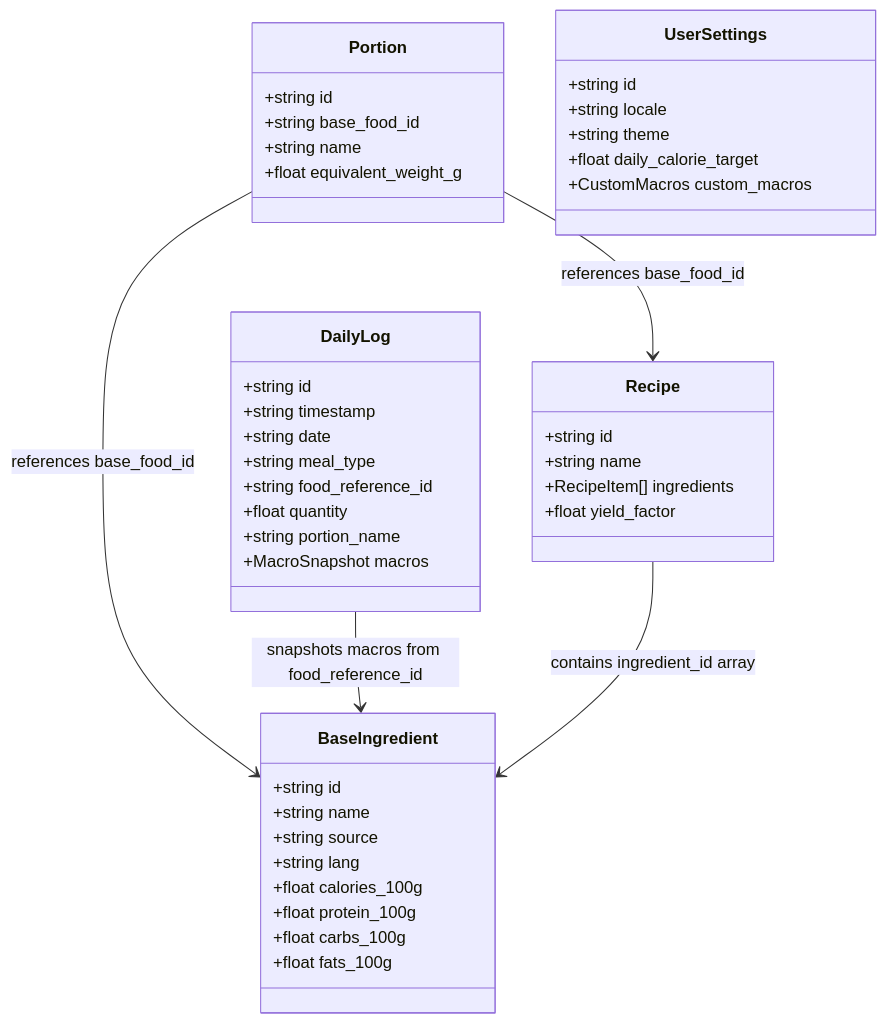
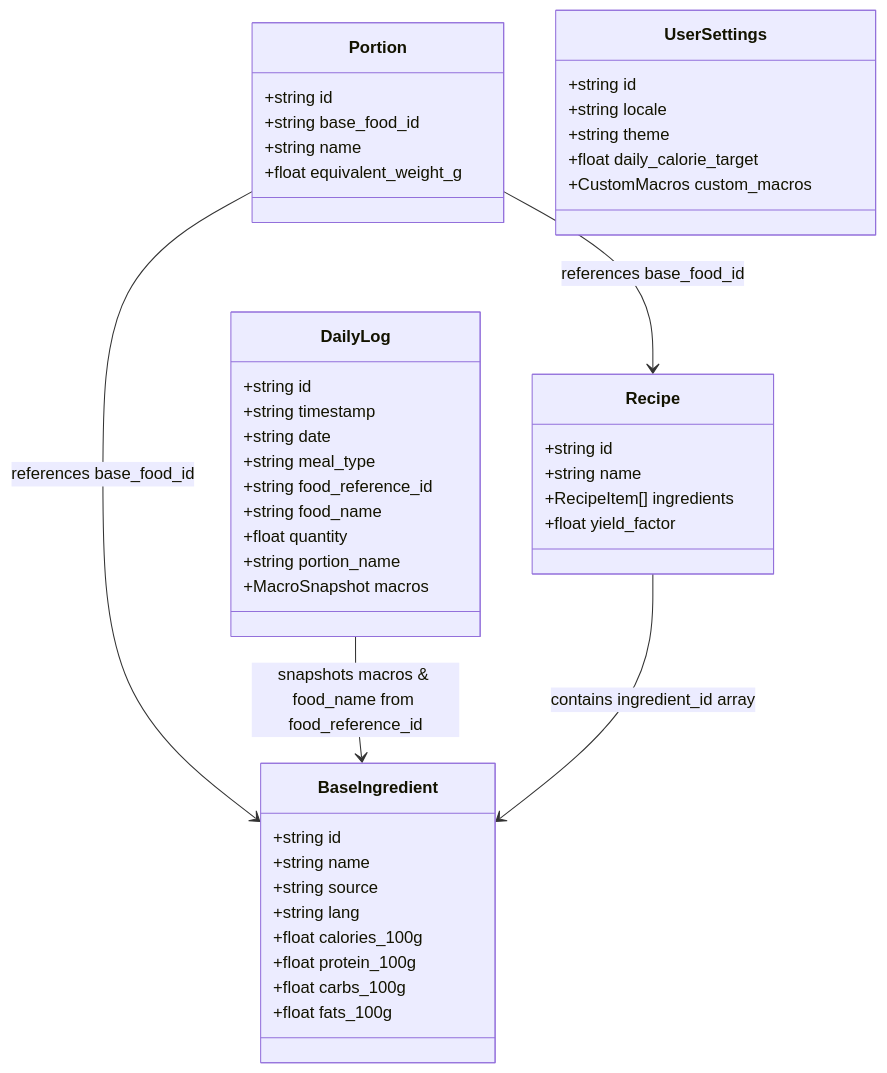
One commit to qozara/quomida changed the second of 3 diagrams in docs/ARCHITECTURE.md. Above: the diagram before and after it, drawn with Mermaid. The commit also changed other lines of this file and 96 other files, not shown here.

````diff
--- a/docs/ARCHITECTURE.md
+++ b/docs/ARCHITECTURE.md
@@ -62,51 +62,52 @@
 ```mermaid
 classDiagram
     class BaseIngredient {
         +string id
         +string name
         +string source
         +string lang
         +float calories_100g
         +float protein_100g
         +float carbs_100g
         +float fats_100g
     }
 
     class Recipe {
         +string id
         +string name
         +RecipeItem[] ingredients
         +float yield_factor
     }
 
     class Portion {
         +string id
         +string base_food_id
         +string name
         +float equivalent_weight_g
     }
 
     class DailyLog {
         +string id
         +string timestamp
         +string date
         +string meal_type
         +string food_reference_id
+        +string food_name
         +float quantity
         +string portion_name
         +MacroSnapshot macros
     }
 
     class UserSettings {
         +string id
         +string locale
         +string theme
         +float daily_calorie_target
         +CustomMacros custom_macros
     }
 
     Portion --> BaseIngredient : references base_food_id
     Portion --> Recipe : references base_food_id
-    DailyLog --> BaseIngredient : snapshots macros from food_reference_id
+    DailyLog --> BaseIngredient : snapshots macros & food_name from food_reference_id
     Recipe --> BaseIngredient : contains ingredient_id array
 ```
````
